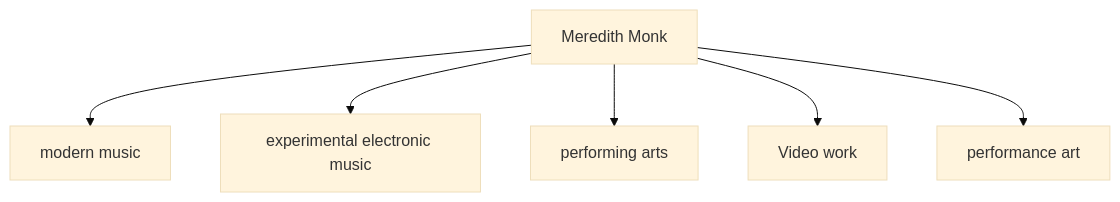
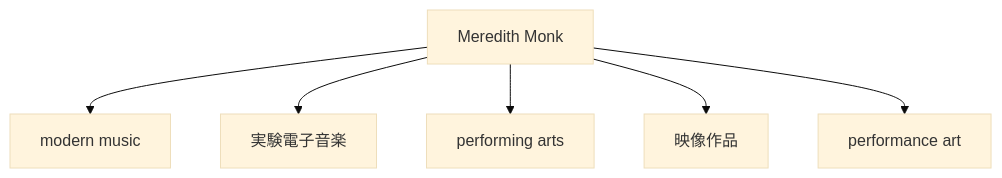
The fifth of 5 diagrams in en/_posts/2026-05-30-column-meredith-monk.md (monumental-movement/monumental-movement.github.io), drawn with Mermaid (base theme) before and after one commit. The commit also changed other lines of this file and 2196 other files, not shown here.

```diff
--- a/en/_posts/2026-05-30-column-meredith-monk.md
+++ b/en/_posts/2026-05-30-column-meredith-monk.md
@@ -277,8 +277,8 @@
 <div class="mermaid">
 graph TD
 A[Meredith Monk] --> B[modern music]
-A --> C[experimental electronic music]
+A --> C[実験電子音楽]
 A --> D[performing arts]
-A --> E[Video work]
+A --> E[映像作品]
 A --> F[performance art]
 </div>
```
